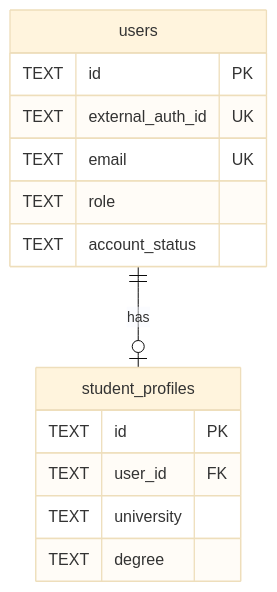
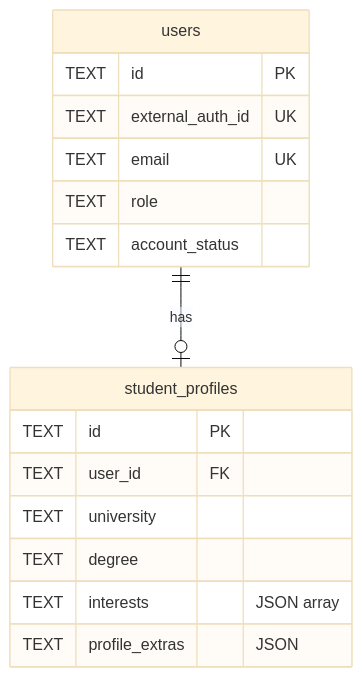
One commit to Mentor-Connect-EC5406/backend-new changed the first of 7 diagrams in docs/database/er-diagram.md. Above: the diagram before and after it, drawn with Mermaid (base theme). The commit also changed other lines of this file and 3 other files, not shown here.

Commit message:
docs: update database schemas for programs, saved mentors and goals

````diff
--- a/docs/database/er-diagram.md
+++ b/docs/database/er-diagram.md
@@ -7,17 +7,19 @@
 ```mermaid
 erDiagram
     users ||--o| student_profiles : has
     users {
         TEXT id PK
         TEXT external_auth_id UK
         TEXT email UK
         TEXT role
         TEXT account_status
     }
     student_profiles {
         TEXT id PK
         TEXT user_id FK
         TEXT university
         TEXT degree
+        TEXT interests "JSON array"
+        TEXT profile_extras "JSON"
     }
 ```
````
